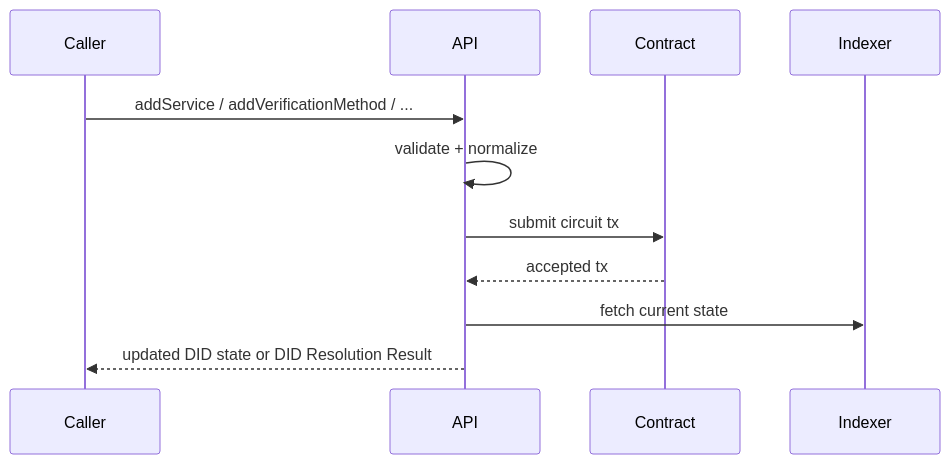
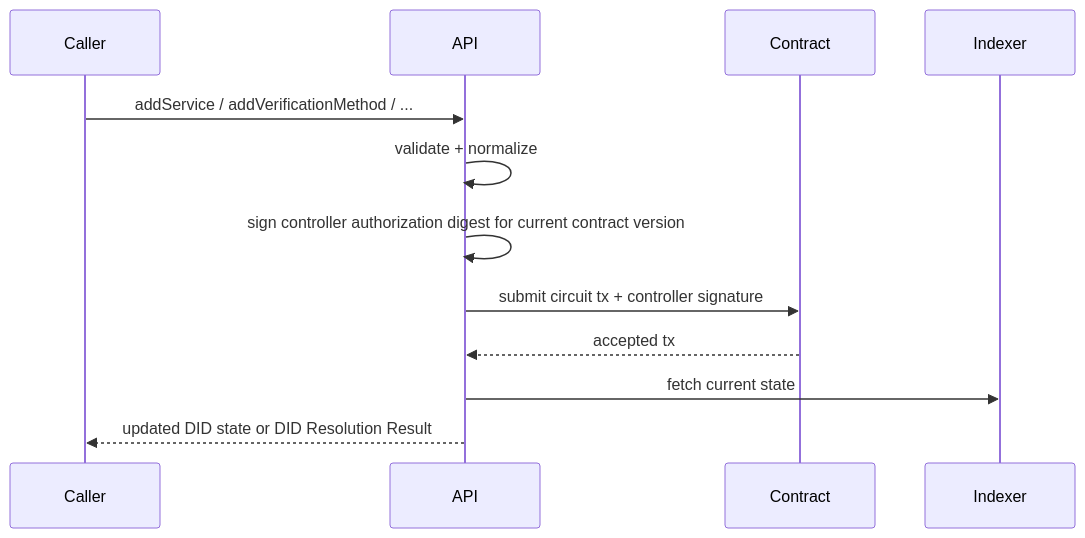
The second of 2 diagrams in packages/api/README.md (midnightntwrk/midnight-did), drawn with Mermaid before and after one commit. The commit also changed other lines of this file and 26 other files, not shown here.

````diff
--- a/packages/api/README.md
+++ b/packages/api/README.md
@@ -44,14 +44,15 @@
 ```mermaid
 sequenceDiagram
   participant Caller
   participant API
   participant Contract
   participant Indexer
 
   Caller->>API: addService / addVerificationMethod / ...
   API->>API: validate + normalize
-  API->>Contract: submit circuit tx
+  API->>API: sign controller authorization digest for current contract version
+  API->>Contract: submit circuit tx + controller signature
   Contract-->>API: accepted tx
   API->>Indexer: fetch current state
   API-->>Caller: updated DID state or DID Resolution Result
 ```
````
